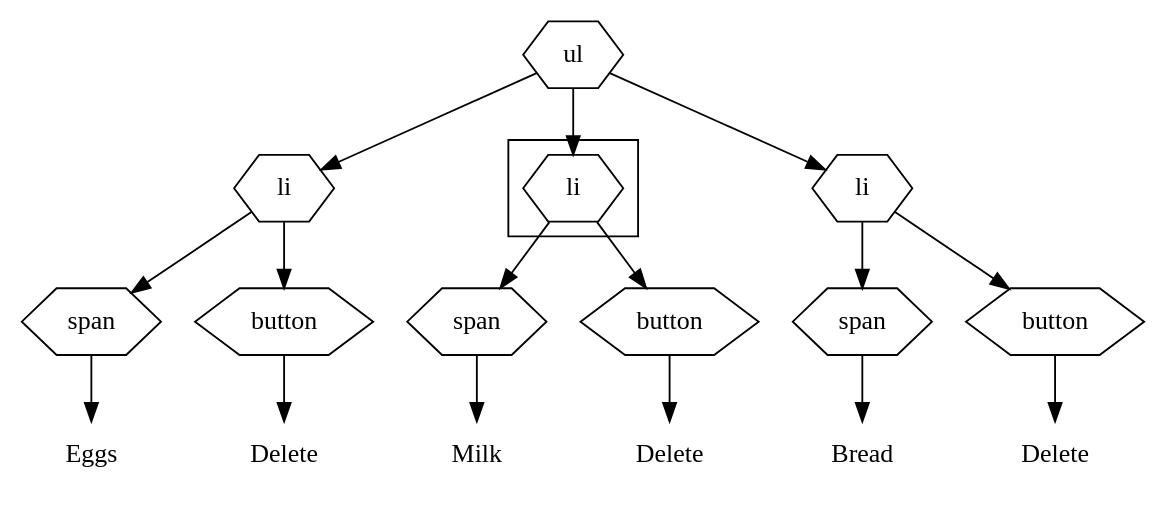
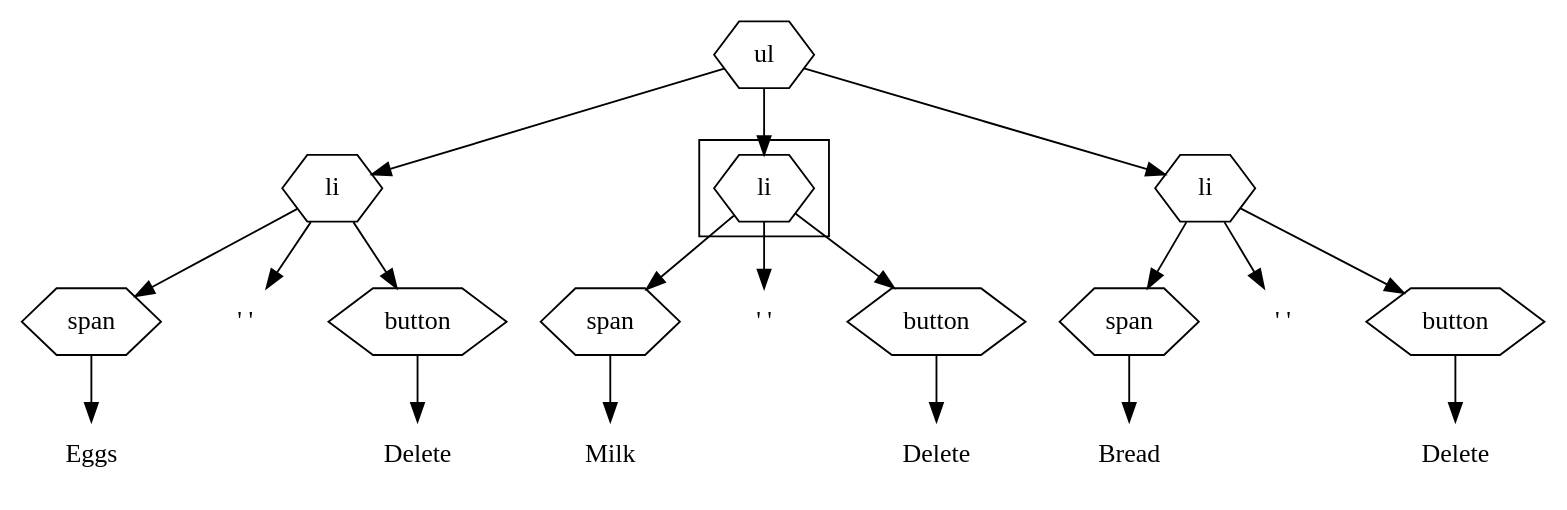
One commit to nikclayton/web-courseware changed the third of 17 diagrams in courseware/week2/shopping/shopping.org. Above: the diagram before and after it, drawn with Graphviz. The commit also changed other lines of this file and 2 other files, not shown here.

Commit message:
Include the blank space between the item and the delete button.

```diff
--- a/courseware/week2/shopping/shopping.org
+++ b/courseware/week2/shopping/shopping.org
@@ -1165,41 +1182,47 @@
  #+BEGIN_SRC dot :file list-item-graph3.svg :cmdline -Tsvg -Gstylesheet=../../graphviz.css
  digraph G {
    node [shape="hexagon"];
 
    ul -> {li1, li2, li3};
    li1 [label="li"];
    li1 -> span1
+   li1 -> space1
    li1 -> button1
 
    span1 [label="span"];
    span1 -> span_content1;
    span_content1 [label="Eggs" shape=none];
+   space1 [label="' '" shape=none];
    button1 [label="button"];
    button1 -> button_content1;
    button_content1 [label="Delete" shape=none];
 
    subgraph cluster_li2 {
      li2 [label="li"];
    }
    li2 -> span2
+   li2 -> space2
    li2 -> button2
 
    span2 [label="span"];
    span2 -> span_content2;
    span_content2 [label="Milk" shape=none];
+   space2 [label="' '" shape=none];
    button2 [label="button"];
    button2 -> button_content2;
    button_content2 [label="Delete" shape=none];
 
    li3 [label="li"];
    li3 -> span3
+   li3 -> space3
    li3 -> button3
 
    span3 [label="span"];
    span3 -> span_content3;
    span_content3 [label="Bread" shape=none];
+   space3 [label="' '" shape=none]
    button3 [label="button"];
    button3 -> button_content3;
    button_content3 [label="Delete" shape=none];
  }
  #+END_SRC
```
